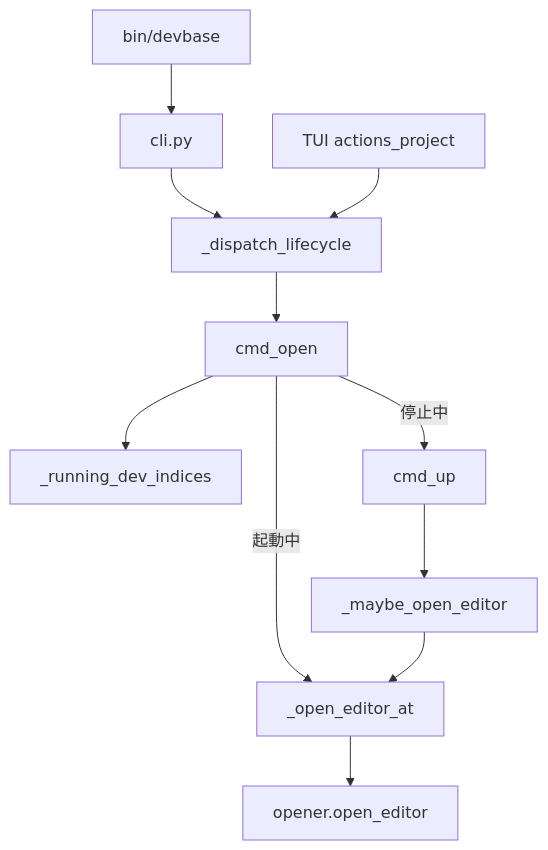
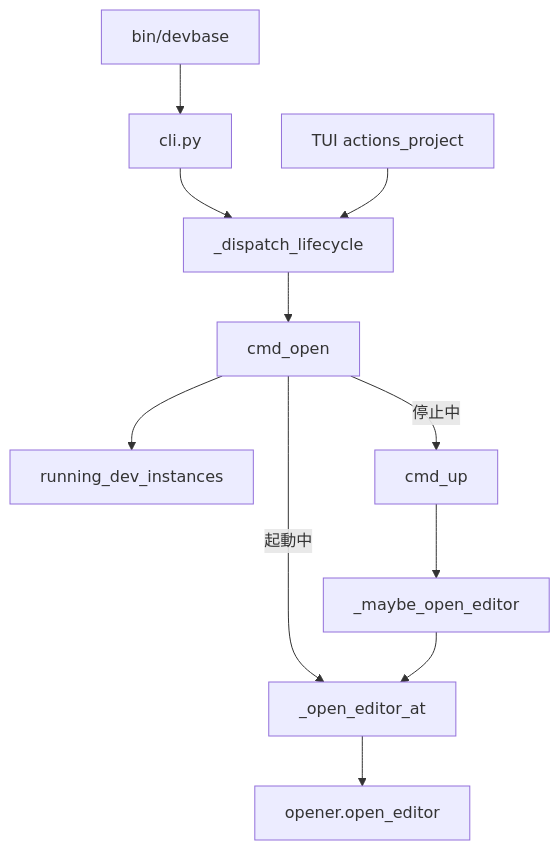
Before and after one commit to devbasex/devbase: the first of 3 diagrams in issues/PLAN59_editor-open-design.md, drawn with Mermaid. The commit also changed other lines of this file and 1 other file, not shown here.

````diff
--- a/issues/PLAN59_editor-open-design.md
+++ b/issues/PLAN59_editor-open-design.md
@@ -34,13 +35,13 @@
 ```mermaid
 graph TD
     W[bin/devbase] --> P[cli.py]
     P --> D[_dispatch_lifecycle]
     T[TUI actions_project] --> D
     D --> O[cmd_open]
-    O --> R[_running_dev_indices]
+    O --> R[running_dev_instances]
     O -->|起動中| E[_open_editor_at]
     O -->|停止中| U[cmd_up]
     U --> M[_maybe_open_editor]
     M --> E
     E --> V[opener.open_editor]
 ```
````
